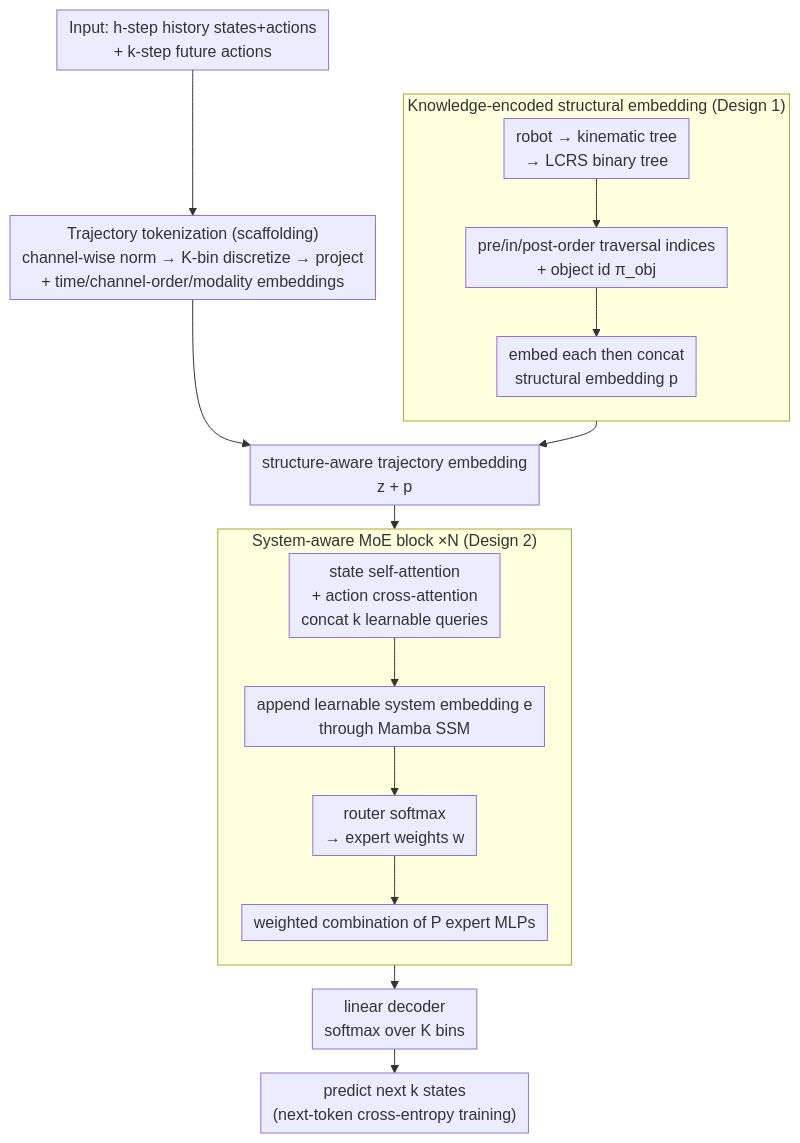
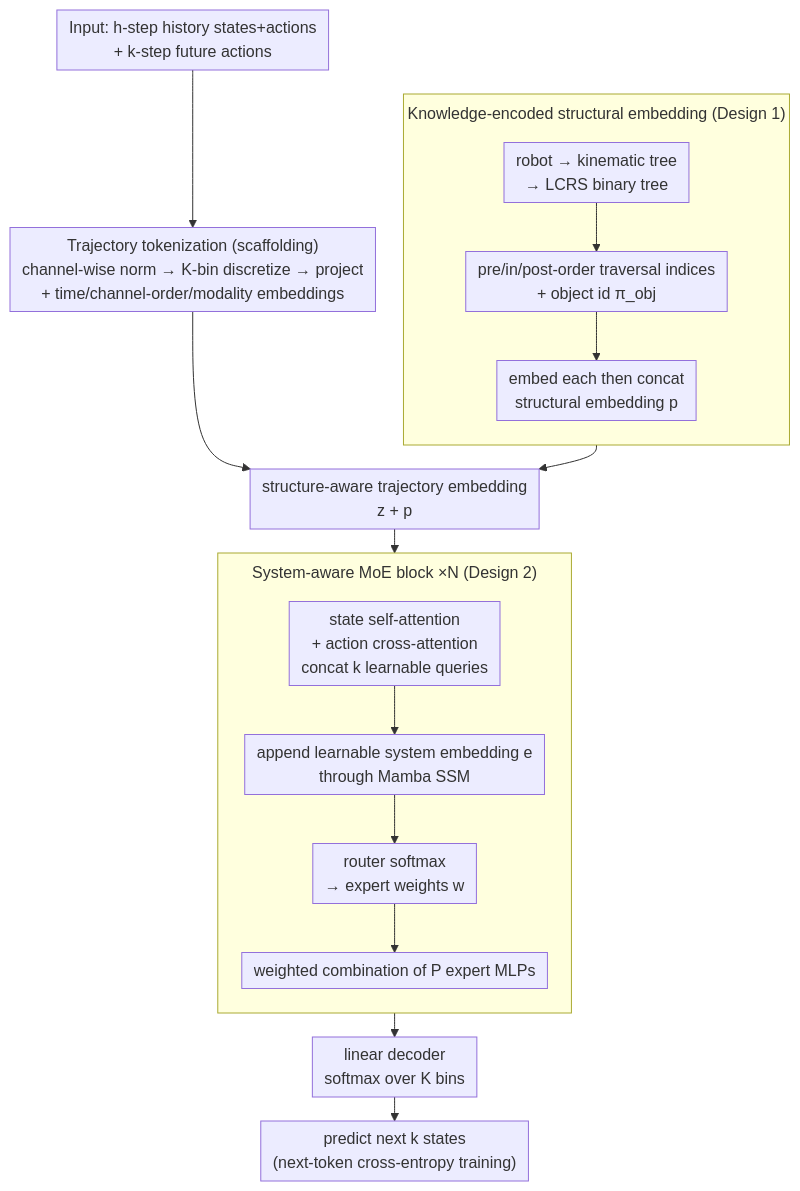
The diagram in docs/ICML2026/robotics/westworld_a_knowledge-encoded_scalable_trajectory_world_model_for_diverse_roboti.md (zhaoyang97/Paper-Notes-en), drawn with Mermaid before and after one commit. The commit also changed other lines of this file and 8133 other files, not shown here.

````diff
--- a/docs/ICML2026/robotics/westworld_a_knowledge-encoded_scalable_trajectory_world_model_for_diverse_roboti.md
+++ b/docs/ICML2026/robotics/westworld_a_knowledge-encoded_scalable_trajectory_world_model_for_diverse_roboti.md
@@ -46,21 +46,21 @@
 ```mermaid
-%%{init: {'flowchart': {'rankSpacing': 24, 'nodeSpacing': 28, 'padding': 6, 'wrappingWidth': 400}}}%%
+%%{init: {'flowchart': {'rankSpacing': 24, 'nodeSpacing': 28, 'padding': 6, 'wrappingWidth': 400, 'subGraphTitleMargin': {'top': 8, 'bottom': 16}}}}%%
 flowchart TD
     A["Input: h-step history states+actions<br/>+ k-step future actions"] --> B["Trajectory tokenization (scaffolding)<br/>channel-wise norm → K-bin discretize → project<br/>+ time/channel-order/modality embeddings"]
     subgraph SE["Knowledge-encoded structural embedding (Design 1)"]
         direction TB
         C["robot → kinematic tree<br/>→ LCRS binary tree"] --> D["pre/in/post-order traversal indices<br/>+ object id π_obj"]
         D --> E["embed each then concat<br/>structural embedding p"]
     end
     B --> F["structure-aware trajectory embedding<br/>z + p"]
     SE --> F
     subgraph MOE["System-aware MoE block ×N (Design 2)"]
         direction TB
         G["state self-attention<br/>+ action cross-attention<br/>concat k learnable queries"] --> H["append learnable system embedding e<br/>through Mamba SSM"]
         H --> I["router softmax<br/>→ expert weights w"]
         I --> J["weighted combination of P expert MLPs"]
     end
     F --> G
     J --> K["linear decoder<br/>softmax over K bins"]
     K --> L["predict next k states<br/>(next-token cross-entropy training)"]
 ```
````
